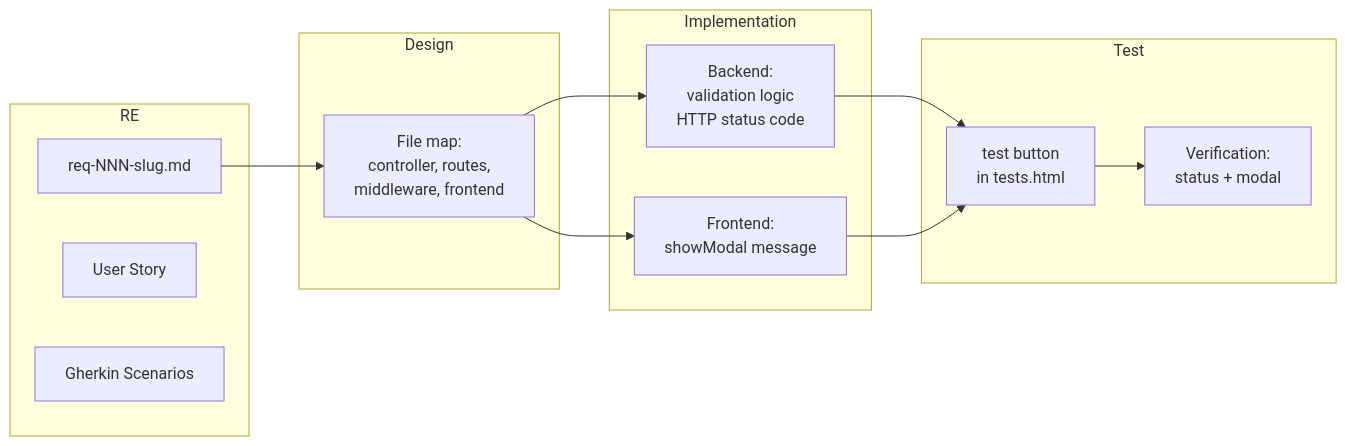
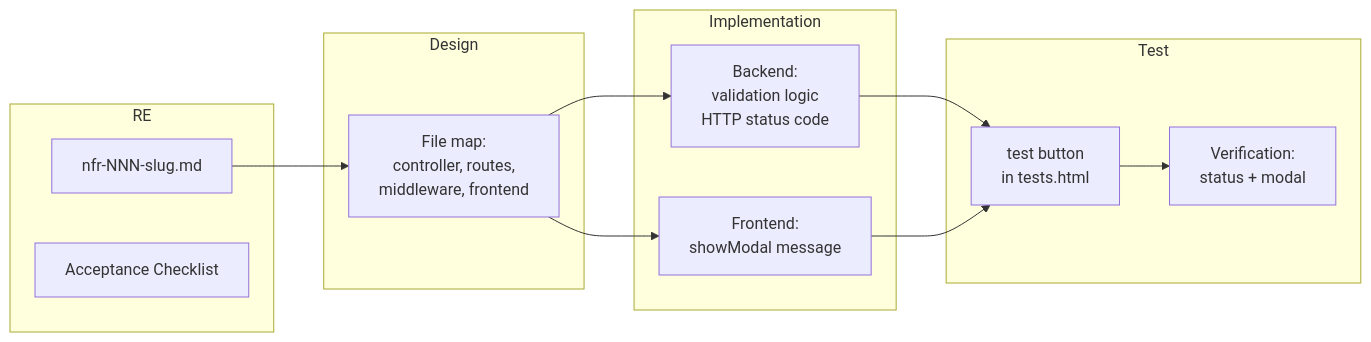
Before and after one commit to estebanmatias92/tecnicatura-practicas-profesionalizantes-ii: the second of 3 diagrams in 30-assignments/2026-06-02-practico-01/code/docs/sdlc/process-diagram.md, drawn with Mermaid. The commit also changed other lines of this file and 12 other files, not shown here.

Commit message:
Changed documentation from Gherkin suggestion to Acceptance Criteria and funcional E2E test approach with state reset

````diff
--- a/30-assignments/2026-06-02-practico-01/code/docs/sdlc/process-diagram.md
+++ b/30-assignments/2026-06-02-practico-01/code/docs/sdlc/process-diagram.md
@@ -36,29 +36,28 @@
 ```mermaid
 flowchart LR
     subgraph RE
-        R1[req-NNN-slug.md]
-        R2[User Story]
-        R3[Gherkin Scenarios]
+        R1[nfr-NNN-slug.md]
+        R2[Acceptance Checklist]
     end
 
     subgraph Design
         D1[File map:<br/>controller, routes,<br/>middleware, frontend]
     end
 
     subgraph Implementation
         I1[Backend:<br/>validation logic<br/>HTTP status code]
         I2[Frontend:<br/>showModal message]
     end
 
     subgraph Test
         T1[test button<br/>in tests.html]
         T2[Verification:<br/>status + modal]
     end
 
     R1 --> D1
     D1 --> I1
     D1 --> I2
     I1 --> T1
     I2 --> T1
     T1 --> T2
 ```
````
